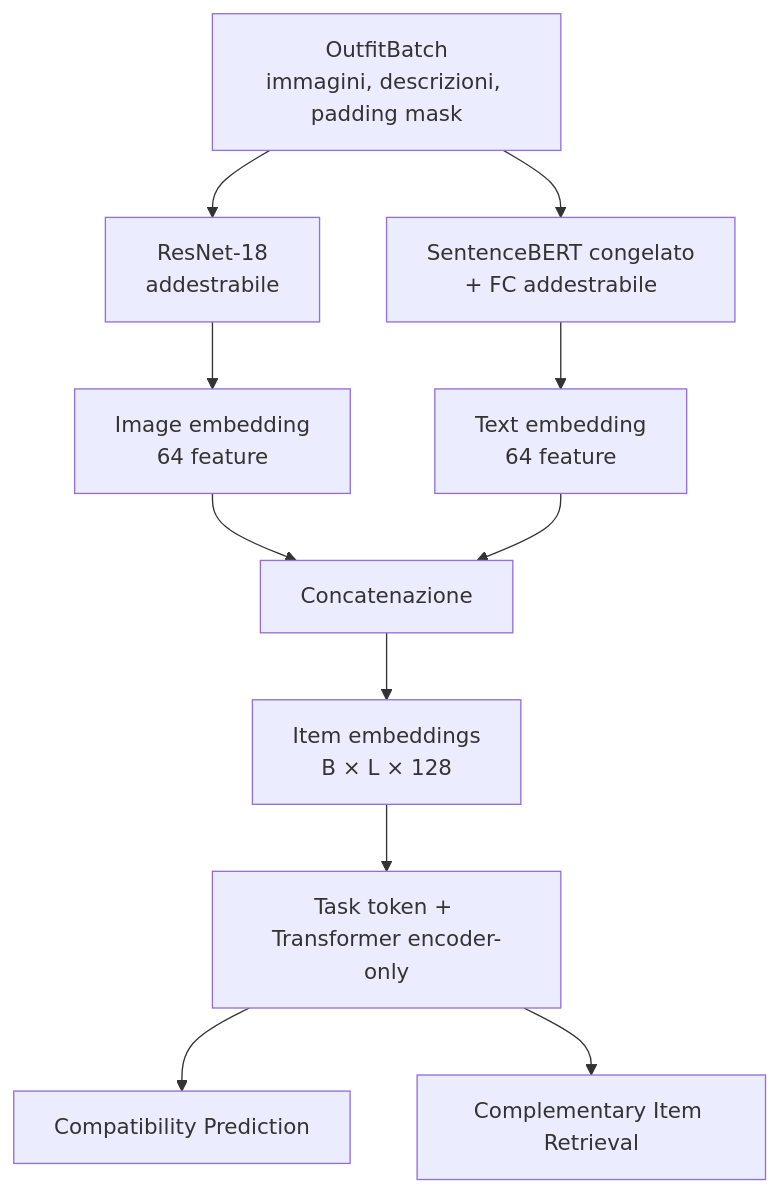
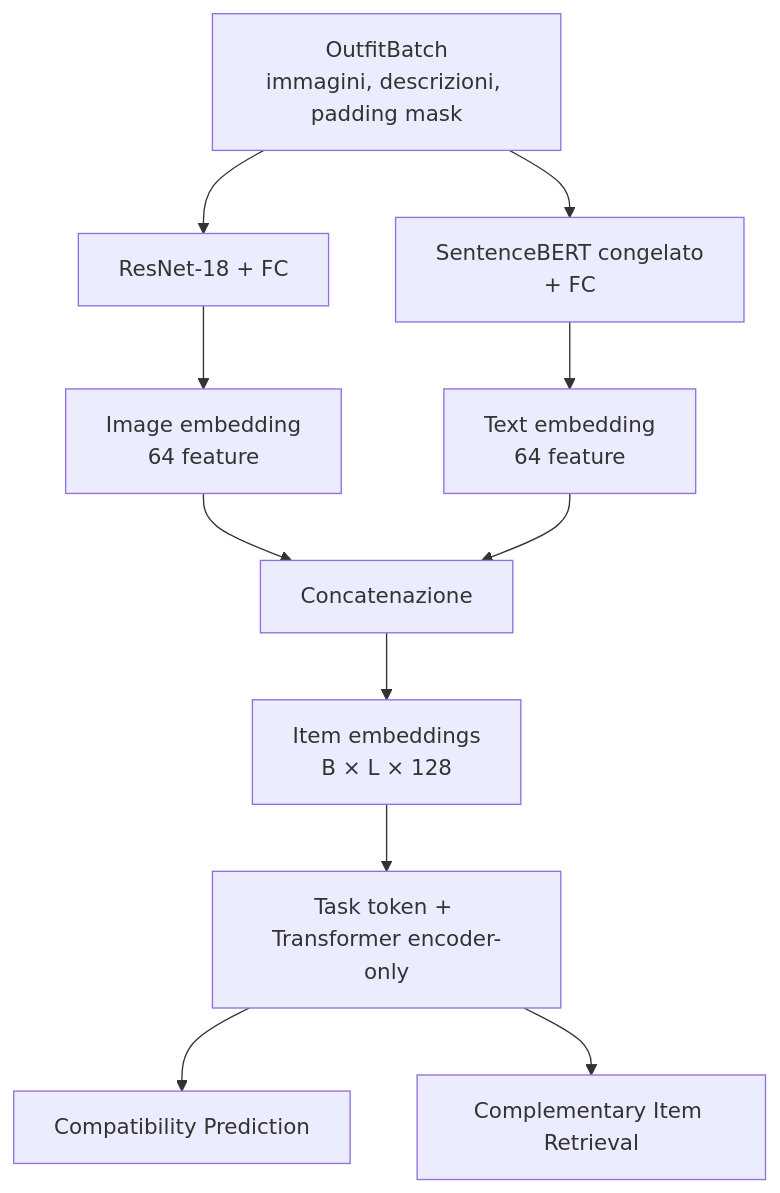
The diagram in model/common/README.md (FlorindoDev/OutfitTransformer), drawn with Mermaid before and after one commit. The commit also changed other lines of this file and 1 other file, not shown here.

````diff
--- a/model/common/README.md
+++ b/model/common/README.md
@@ -23,18 +23,18 @@
 ```mermaid
 flowchart TD
     A["OutfitBatch<br/>immagini, descrizioni, padding mask"]
 
-    A --> B["ResNet-18<br/>addestrabile"]
-    A --> C["SentenceBERT congelato<br/>+ FC addestrabile"]
+    A --> B["ResNet-18 + FC"]
+    A --> C["SentenceBERT congelato<br/>+ FC"]
 
     B --> D["Image embedding<br/>64 feature"]
     C --> E["Text embedding<br/>64 feature"]
 
     D --> F["Concatenazione"]
     E --> F
     F --> G["Item embeddings<br/>B × L × 128"]
 
     G --> H["Task token + Transformer encoder-only"]
     H --> I["Compatibility Prediction"]
     H --> J["Complementary Item Retrieval"]
 ```
````
